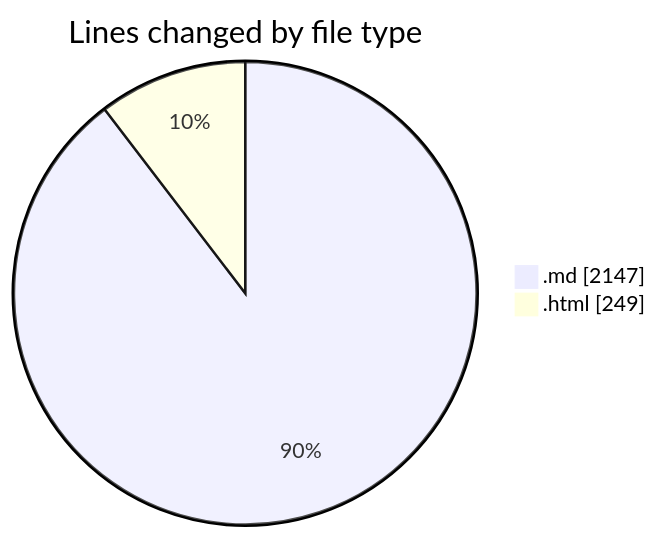
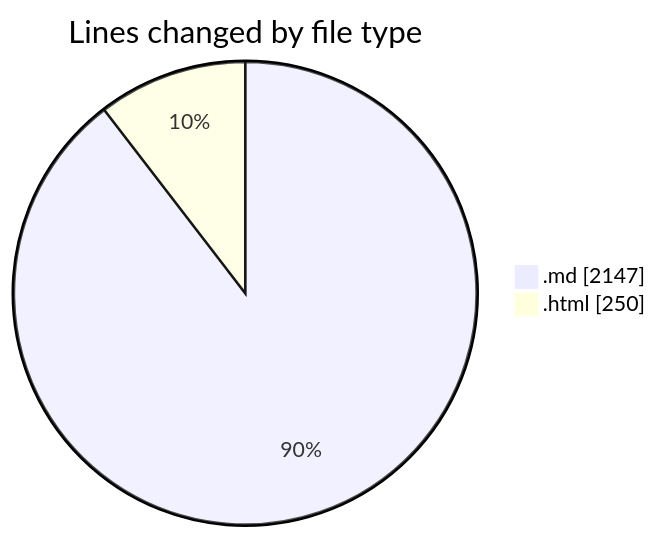
One commit to Ritupan-Deka/code-tracking changed the first of 2 diagrams in 2025-07-07/urlwebwala_intership_work/README.md. Above: the diagram before and after it, drawn with Mermaid. The commit also changed other lines of this file and 1 other file, not shown here.

````diff
--- a/2025-07-07/urlwebwala_intership_work/README.md
+++ b/2025-07-07/urlwebwala_intership_work/README.md
@@ -25,6 +25,6 @@
 ```mermaid
 pie showData
 title Lines changed by file type
 ".md" : 2147
-".html" : 249
+".html" : 250
 ```
````
